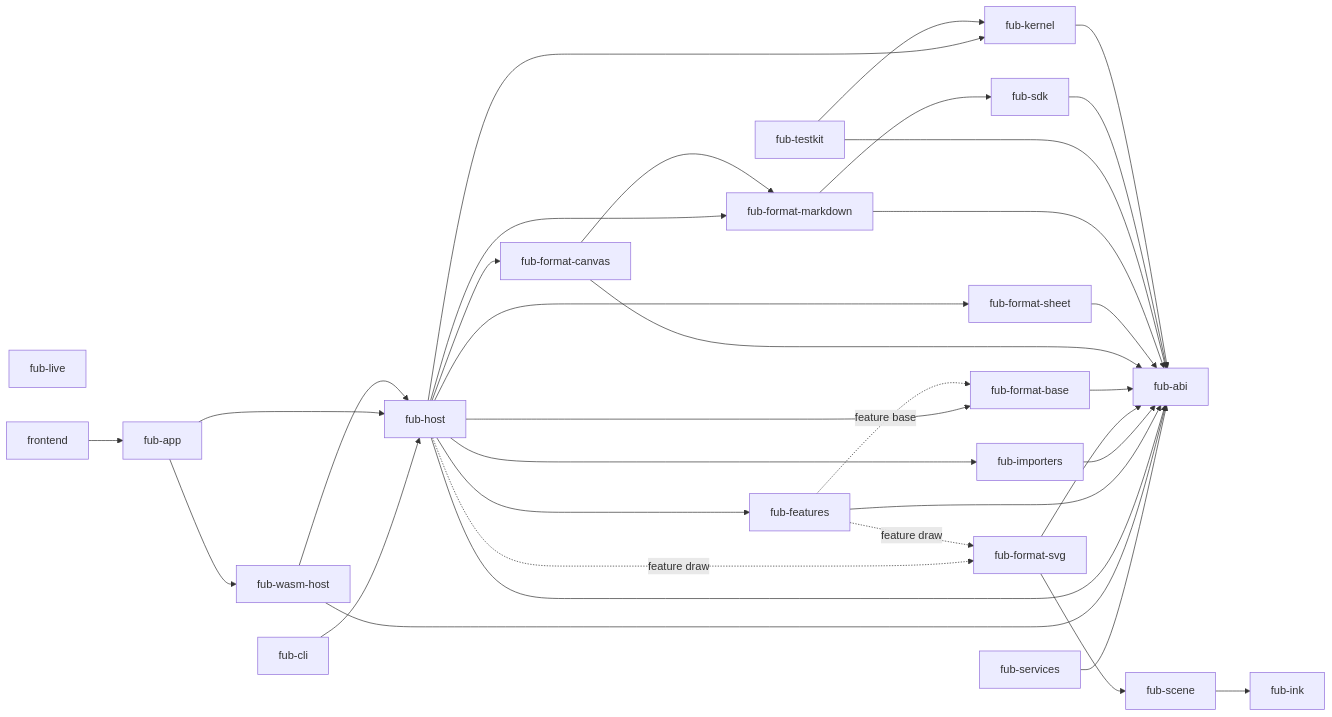
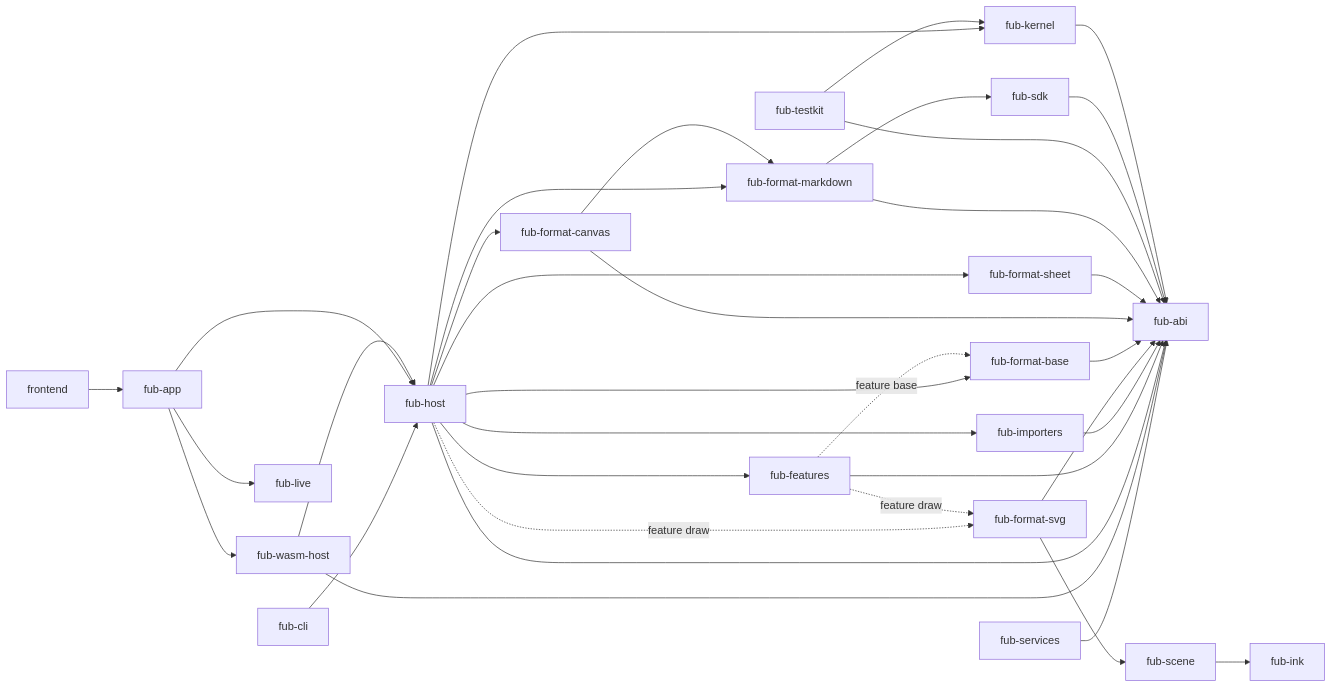
Before and after one commit to Fubeo/Fub: the diagram in docs/architecture/components-and-boundaries.md, drawn with Mermaid. The commit also changed other lines of this file and 21 other files, not shown here.

First line of the commit message:
feat(app): la sessione live nell'app, con i comandi live_* e il canale verso la shell

````diff
--- a/docs/architecture/components-and-boundaries.md
+++ b/docs/architecture/components-and-boundaries.md
@@ -9,39 +9,39 @@
 ```mermaid
 flowchart LR
     ABI["fub-abi"]
     KERNEL["fub-kernel"] --> ABI
     SDK["fub-sdk"] --> ABI
     TESTKIT["fub-testkit"] --> KERNEL
     TESTKIT --> ABI
     MARKDOWN["fub-format-markdown"] --> ABI
     MARKDOWN --> SDK
     SHEET["fub-format-sheet"] --> ABI
     CANVAS["fub-format-canvas"] --> ABI
     CANVAS --> MARKDOWN
     BASE["fub-format-base"] --> ABI
     INK["fub-ink"]
     SCENE["fub-scene"] --> INK
     SVG["fub-format-svg"] --> ABI
     SVG --> SCENE
     IMPORTERS["fub-importers"] --> ABI
     FEATURES["fub-features"] --> ABI
     FEATURES -. "feature base" .-> BASE
     FEATURES -. "feature draw" .-> SVG
     HOST["fub-host"] --> KERNEL
     HOST --> ABI
     HOST --> FEATURES
     HOST --> MARKDOWN
     HOST --> SHEET
     HOST --> CANVAS
     HOST --> BASE
     HOST -. "feature draw" .-> SVG
     HOST --> IMPORTERS
     WASM["fub-wasm-host"] --> ABI
     WASM --> HOST
     APP["fub-app"] --> HOST
     APP --> WASM
+    APP --> LIVE["fub-live"]
     CLI["fub-cli"] --> HOST
     SERVICES["fub-services"] --> ABI
-    LIVE["fub-live"]
     FRONTEND["frontend"] --> APP
 ```
````
